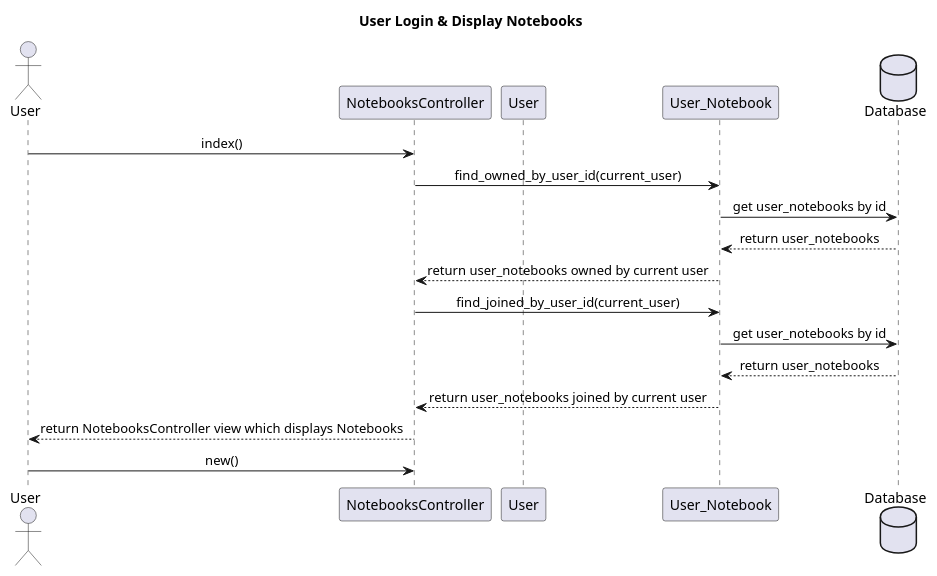
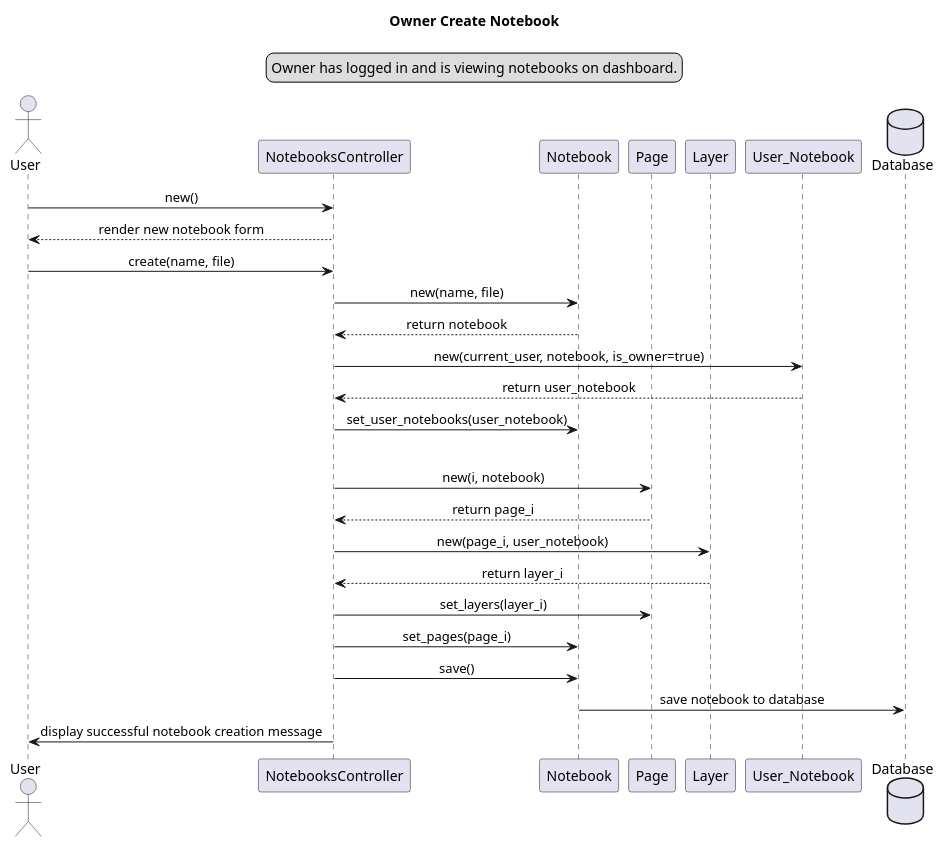
The diagram in docs/preliminary_design/owner_create_notebook.plantuml (calebschoepp/canvasync), drawn with PlantUML before and after one commit. The commit also changed 2 other files, not shown here.

```diff
--- a/docs/preliminary_design/owner_create_notebook.plantuml
+++ b/docs/preliminary_design/owner_create_notebook.plantuml
@@ -1,24 +1,37 @@
 @startuml Owner Create Notebook
-title User Login & Display Notebooks
+title Owner Create Notebook
 skinparam sequenceMessageAlign center
+
+legend top
+Owner has logged in and is viewing notebooks on dashboard.
+endlegend
 
 actor User as user
 participant NotebooksController as nc
-participant User as um
+participant Notebook as nm
+participant Page as pm
+participant Layer as lm
 participant User_Notebook as unm
 database Database as db
 
-user -> nc : index()
-nc -> unm : find_owned_by_user_id(current_user)
-unm -> db : get user_notebooks by id
-unm <-- db : return user_notebooks
-nc <-- unm : return user_notebooks owned by current user
-nc -> unm : find_joined_by_user_id(current_user)
-unm -> db : get user_notebooks by id
-unm <-- db : return user_notebooks
-nc <-- unm : return user_notebooks joined by current user
-user <-- nc : return NotebooksController view which displays Notebooks
+user -> nc: new()
+user <-- nc : render new notebook form
+user -> nc : create(name, file)
+nc -> nm : new(name, file)
+nc <-- nm : return notebook
+nc -> unm : new(current_user, notebook, is_owner=true)
+nc <-- unm : return user_notebook
+nc -> nm : set_user_notebooks(user_notebook)
+loop for each page i in resource file
+    nc -> pm : new(i, notebook)
+    nc <-- pm : return page_i
+    nc -> lm : new(page_i, user_notebook)
+    nc <-- lm : return layer_i
+    nc -> pm : set_layers(layer_i)
+    nc -> nm : set_pages(page_i)
+nc -> nm : save()
+nm -> db : save notebook to database
 
-user -> nc: new()
+user <- nc : display successful notebook creation message
 
 @enduml
```
